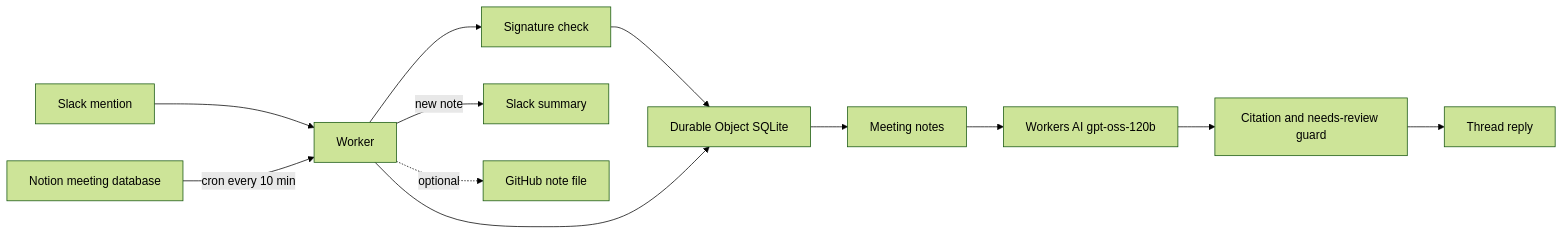
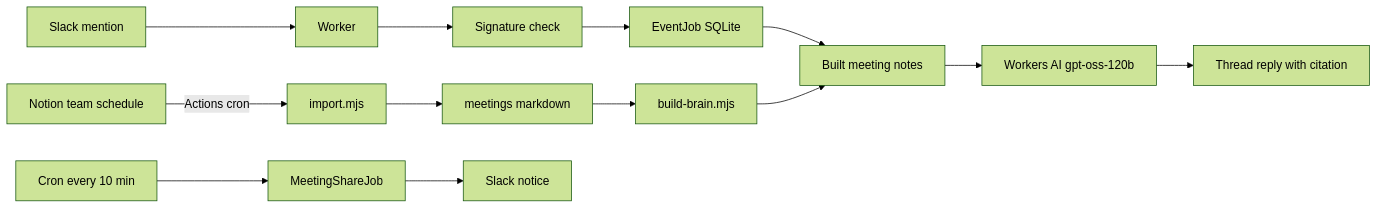
The diagram in README.md (beyejin/team-brain), drawn with Mermaid (forest theme) before and after one commit. The commit also changed other lines of this file and 66 other files, not shown here.

````diff
--- a/README.md
+++ b/README.md
@@ -30,15 +36,17 @@
 ```mermaid
 flowchart LR
   slackAsk[Slack mention] --> worker[Worker]
   worker --> sign[Signature check]
-  sign --> brain[Durable Object SQLite]
-  brain --> notes[Meeting notes]
+  sign --> eventJob[EventJob SQLite]
+  eventJob --> notes[Built meeting notes]
   notes --> ai[Workers AI gpt-oss-120b]
-  ai --> guard[Citation and needs-review guard]
-  guard --> slackReply[Thread reply]
+  ai --> reply[Thread reply with citation]
 
-  notion[Notion meeting database] -->|cron every 10 min| worker
-  worker --> brain
-  worker -->|new note| slackSummary[Slack summary]
-  worker -.->|optional| github[GitHub note file]
+  notion[Notion team schedule] -->|Actions cron| importer[import.mjs]
+  importer --> meetings[meetings markdown]
+  meetings --> build[build-brain.mjs]
+  build --> notes
+
+  cron[Cron every 10 min] --> share[MeetingShareJob]
+  share --> slackNotice[Slack notice]
 ```
````
